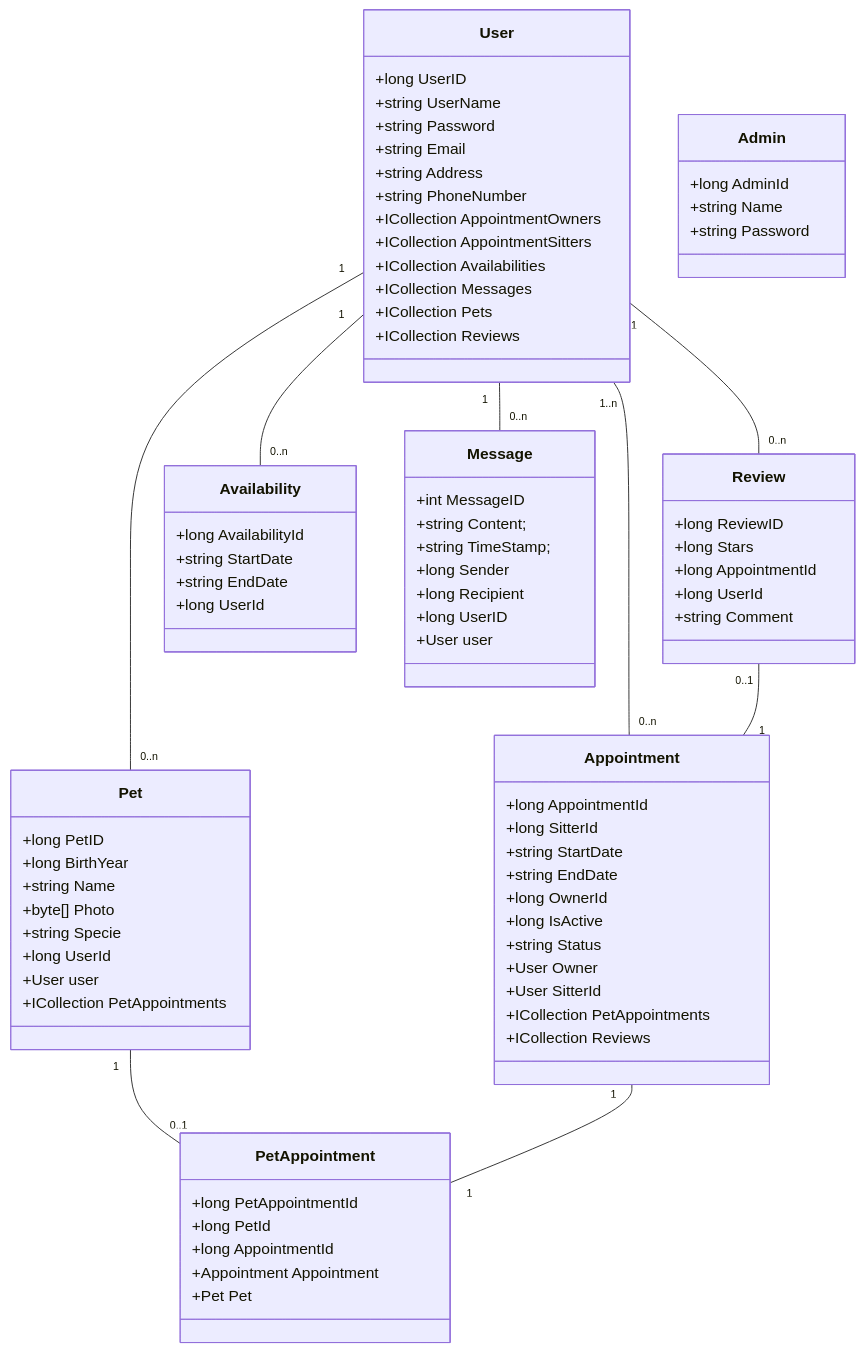
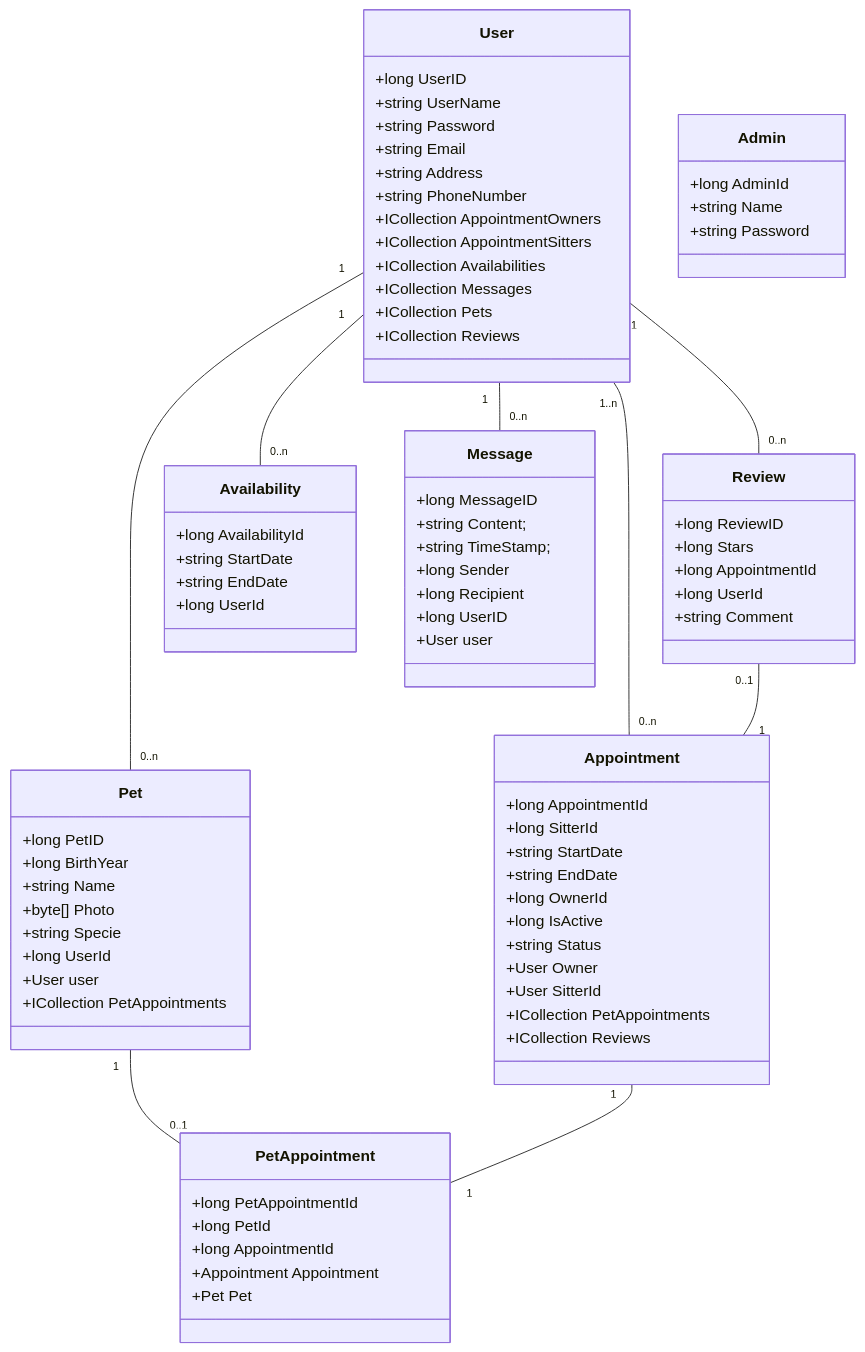
Before and after one commit to bryan-jose-valdiviezo/sit-a-pup: the diagram in README.md, drawn with Mermaid.

````diff
--- a/README.md
+++ b/README.md
@@ -5,82 +5,82 @@
 ```mermaid
  classDiagram
       User "1" -- "0..n" Pet
       User "1" -- "0..n" Review
       User "1..n" -- "0..n" Appointment
       User "1" -- "0..n" Availability
       User "1" -- "0..n" Message
       Review "0..1" -- "1" Appointment
       Pet "1" -- "0..1" PetAppointment
       Appointment "1" -- "1" PetAppointment
       class Admin {
             +long AdminId
             +string Name
             +string Password
       }
       class User {
             +long UserID
             +string UserName
             +string Password
             +string Email
             +string Address
             +string PhoneNumber
             +ICollection<Appointment> AppointmentOwners
             +ICollection<Appointment> AppointmentSitters
             +ICollection<Availability> Availabilities
             +ICollection<Message> Messages
             +ICollection<Pet> Pets
             +ICollection<Review> Reviews
       }
       class Pet {
 		+long PetID
             +long BirthYear
 		+string Name
             +byte[] Photo
 		+string Specie
             +long UserId
             +User user
             +ICollection<PetAppointment> PetAppointments
 	}
       class PetAppointment {
             +long PetAppointmentId
             +long PetId
             +long AppointmentId
             +Appointment Appointment
             +Pet Pet
       }
       class Review {
             +long ReviewID
             +long Stars
             +long AppointmentId
             +long UserId
             +string Comment
       }
       class Availability {
             +long AvailabilityId
             +string StartDate
             +string EndDate
             +long UserId
       }
       class Appointment {
             +long AppointmentId
             +long SitterId
             +string StartDate
             +string EndDate
             +long OwnerId
             +long IsActive
             +string Status
             +User Owner
             +User SitterId
             +ICollection<PetAppointment> PetAppointments
             +ICollection<Review> Reviews
       }
       class Message {
-            +int MessageID
+            +long MessageID
             +string Content;
             +string TimeStamp;
             +long Sender
             +long Recipient
             +long UserID
             +User user
       }
 ```
````
